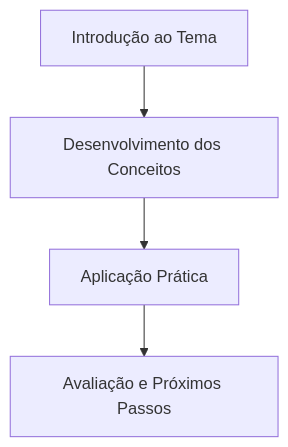
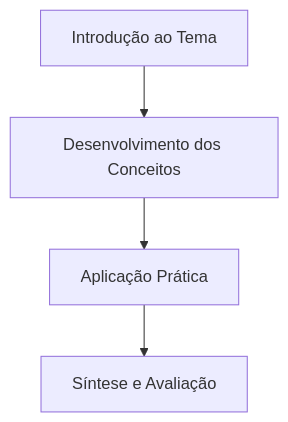
One commit to pedroiff0/page changed the diagram in content/templates/ModeloCurso/aula-01-exemplo.md. Above: the diagram before and after it, drawn with Mermaid. The commit also changed other lines of this file and 20 other files, not shown here.

````diff
--- a/content/templates/ModeloCurso/aula-01-exemplo.md
+++ b/content/templates/ModeloCurso/aula-01-exemplo.md
@@ -26,6 +28,6 @@
 ```mermaid
 flowchart TD
     A[Introdução ao Tema] --> B[Desenvolvimento dos Conceitos]
     B --> C[Aplicação Prática]
-    C --> D[Avaliação e Próximos Passos]
+    C --> D[Síntese e Avaliação]
 ```
````
